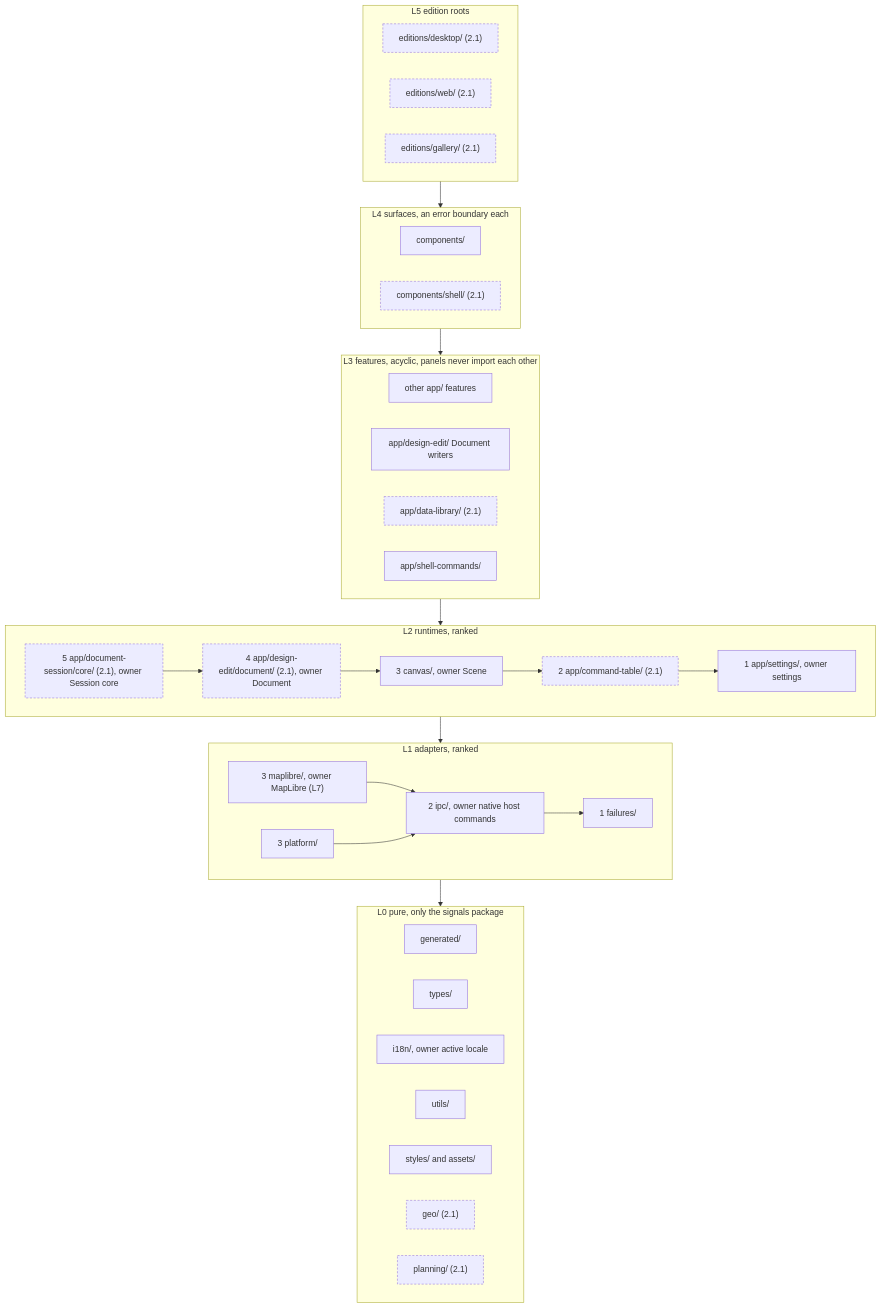
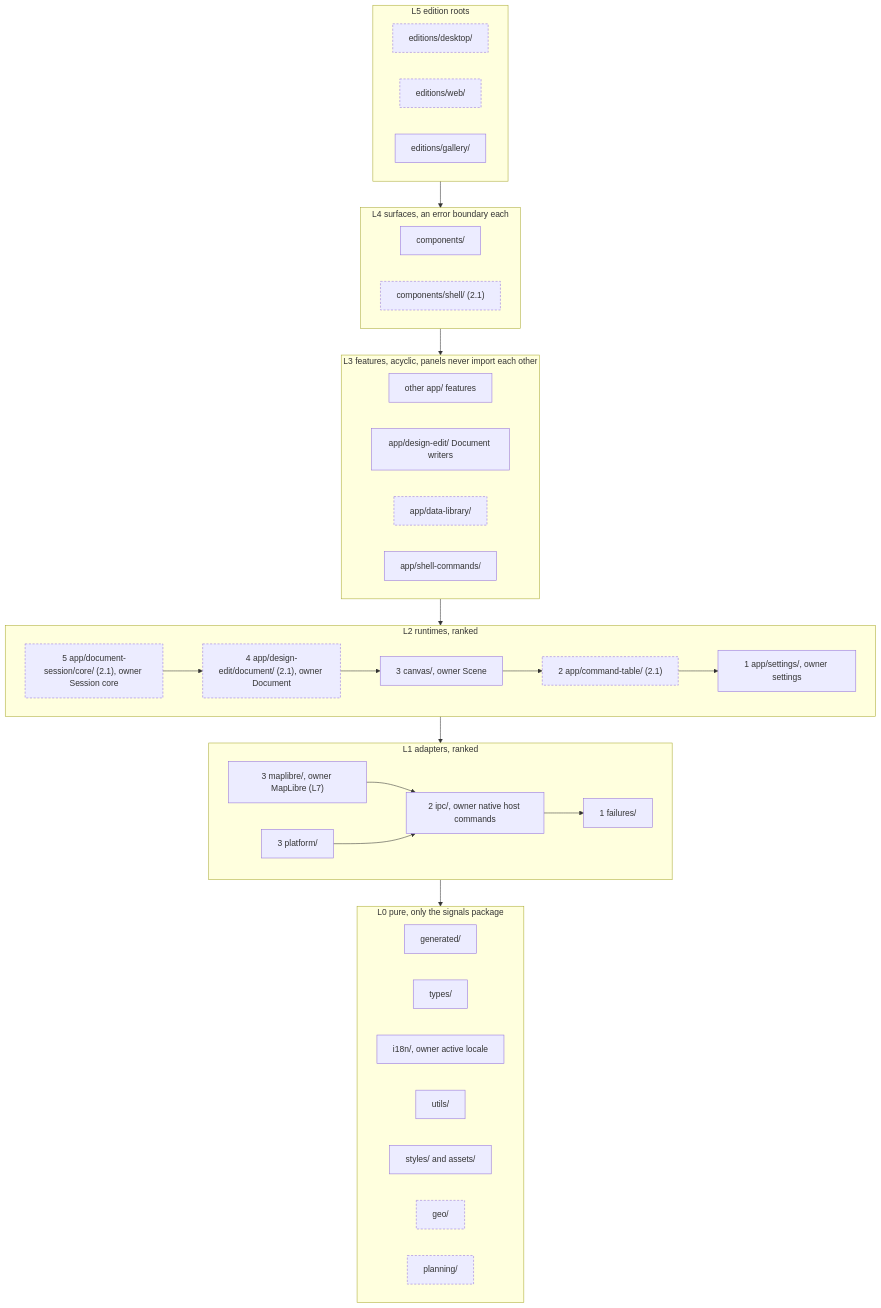
Before and after one commit to opencanopi/canopi: the fourth of 8 diagrams in docs/architecture/components.md, drawn with Mermaid. The commit also changed other lines of this file and 909 other files, not shown here.

````diff
--- a/docs/architecture/components.md
+++ b/docs/architecture/components.md
@@ -148,53 +148,53 @@
 ```mermaid
 flowchart TB
   classDef target stroke-dasharray: 4 3
   subgraph L5["L5 edition roots"]
-    ed["editions/desktop/ (2.1)"]:::target
-    ew["editions/web/ (2.1)"]:::target
-    eg["editions/gallery/ (2.1)"]:::target
+    ed["editions/desktop/"]:::target
+    ew["editions/web/"]:::target
+    eg["editions/gallery/"]
   end
   subgraph L4["L4 surfaces, an error boundary each"]
     comp["components/"]
     shellc["components/shell/ (2.1)"]:::target
   end
   subgraph L3["L3 features, acyclic, panels never import each other"]
     feat["other app/ features"]
     dedit["app/design-edit/ Document writers"]
-    dlib["app/data-library/ (2.1)"]:::target
+    dlib["app/data-library/"]:::target
     sc["app/shell-commands/"]
   end
   subgraph L2["L2 runtimes, ranked"]
     set["1 app/settings/, owner settings"]
     cmd["2 app/command-table/ (2.1)"]:::target
     can["3 canvas/, owner Scene"]
     doc["4 app/design-edit/document/ (2.1), owner Document"]:::target
     core["5 app/document-session/core/ (2.1), owner Session core"]:::target
   end
   subgraph L1["L1 adapters, ranked"]
     fail["1 failures/"]
     ipc["2 ipc/, owner native host commands"]
     ml["3 maplibre/, owner MapLibre (L7)"]
     plat["3 platform/"]
   end
   subgraph L0["L0 pure, only the signals package"]
     gen["generated/"]
     types["types/"]
     i18n["i18n/, owner active locale"]
     utils["utils/"]
     sty["styles/ and assets/"]
-    geo["geo/ (2.1)"]:::target
-    plan["planning/ (2.1)"]:::target
+    geo["geo/"]:::target
+    plan["planning/"]:::target
   end
   L5 --> L4
   L4 --> L3
   L3 --> L2
   L2 --> L1
   L1 --> L0
   core --> doc
   doc --> can
   can --> cmd
   cmd --> set
   ml --> ipc
   plat --> ipc
   ipc --> fail
 ```
````
